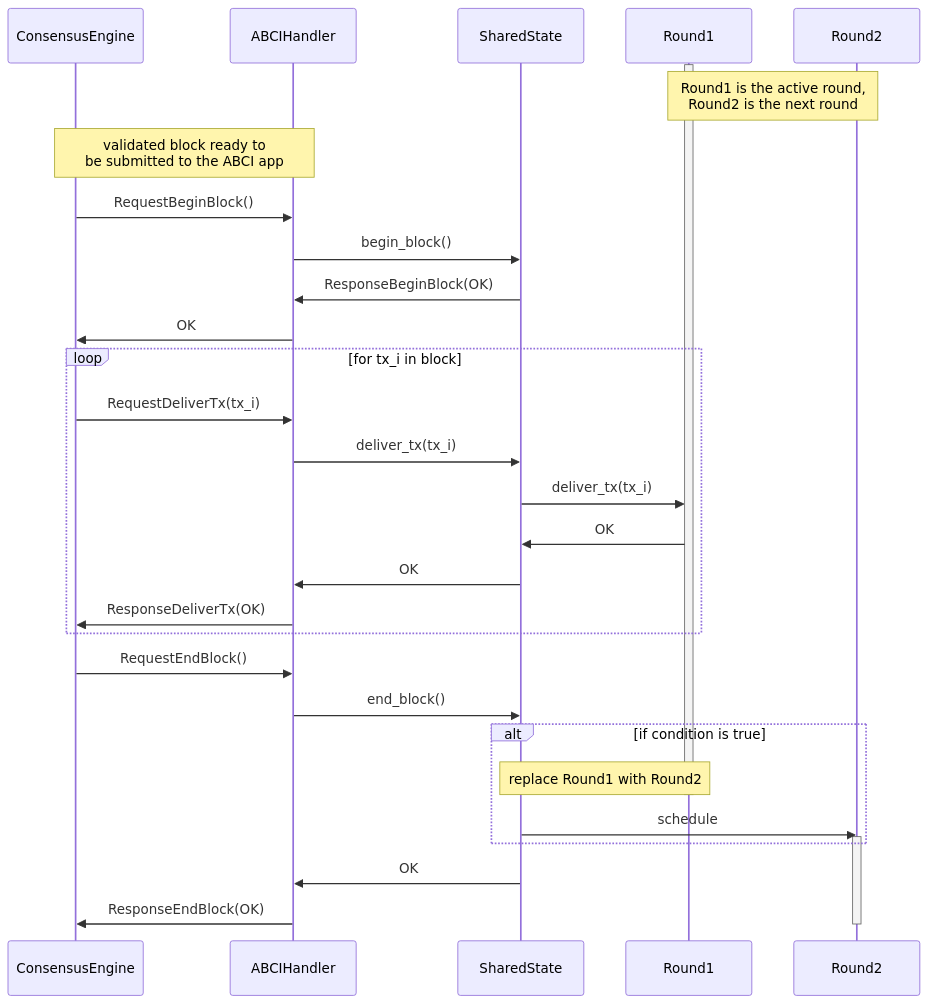
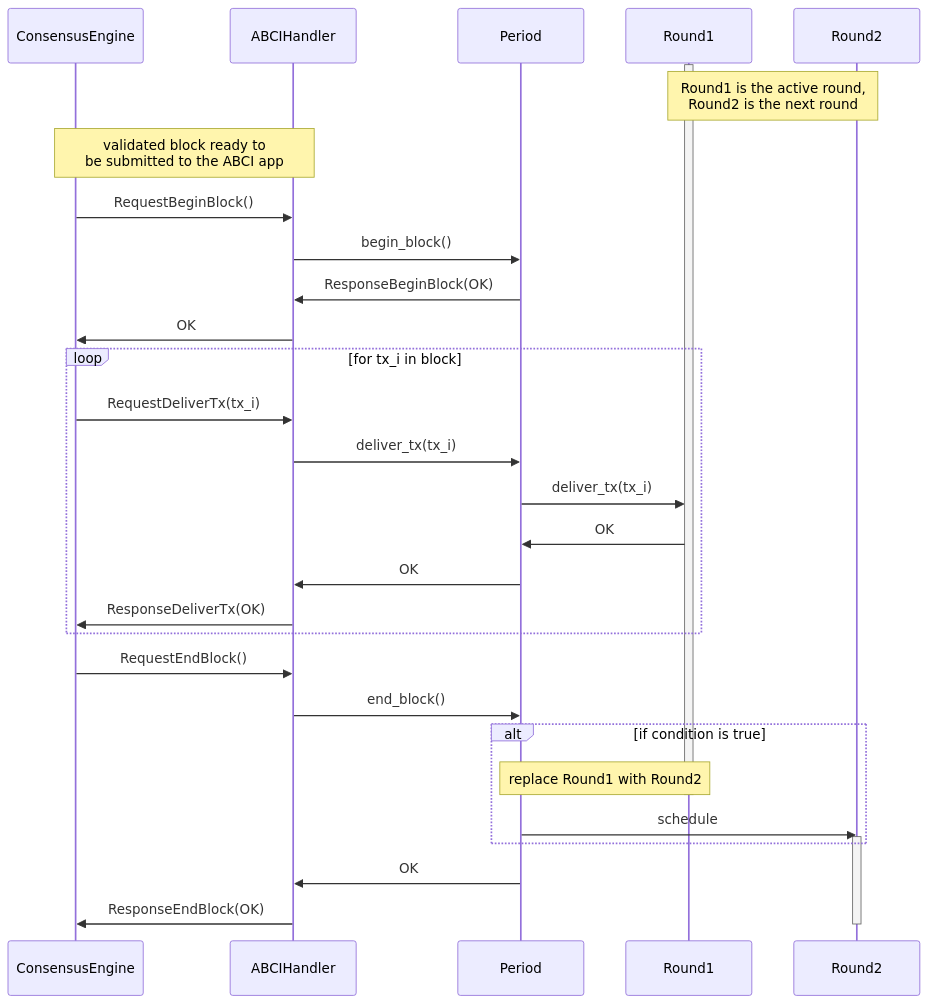
Before and after one commit to valory-xyz/open-autonomy: the third of 3 diagrams in docs/abci_app_interactions.md, drawn with Mermaid. The commit also changed other lines of this file and 23 other files, not shown here.

```diff
--- a/docs/abci_app_interactions.md
+++ b/docs/abci_app_interactions.md
@@ -101,34 +101,34 @@
 <div class="mermaid">
     sequenceDiagram
         participant ConsensusEngine
         participant ABCIHandler
-        participant SharedState
+        participant Period
         participant Round1
         participant Round2
         activate Round1
         note over Round1,Round2: Round1 is the active round,<br/>Round2 is the next round
         note over ConsensusEngine,ABCIHandler: validated block ready to<br/>be submitted to the ABCI app
         ConsensusEngine->>ABCIHandler: RequestBeginBlock()
-        ABCIHandler->>SharedState: begin_block()
-        SharedState->>ABCIHandler: ResponseBeginBlock(OK)
+        ABCIHandler->>Period: begin_block()
+        Period->>ABCIHandler: ResponseBeginBlock(OK)
         ABCIHandler->>ConsensusEngine: OK
         loop for tx_i in block
             ConsensusEngine->>ABCIHandler: RequestDeliverTx(tx_i)
-            ABCIHandler->>SharedState: deliver_tx(tx_i)
-            SharedState->>Round1: deliver_tx(tx_i)
-            Round1->>SharedState: OK
-            SharedState->>ABCIHandler: OK
+            ABCIHandler->>Period: deliver_tx(tx_i)
+            Period->>Round1: deliver_tx(tx_i)
+            Round1->>Period: OK
+            Period->>ABCIHandler: OK
             ABCIHandler->>ConsensusEngine: ResponseDeliverTx(OK)
         end
         ConsensusEngine->>ABCIHandler: RequestEndBlock()
-        ABCIHandler->>SharedState: end_block()
+        ABCIHandler->>Period: end_block()
         alt if condition is true
-            note over SharedState,Round1: replace Round1 with Round2
+            note over Period,Round1: replace Round1 with Round2
             deactivate Round1
-            SharedState->>Round2: schedule
+            Period->>Round2: schedule
             activate Round2
         end
-        SharedState->>ABCIHandler: OK
+        Period->>ABCIHandler: OK
         ABCIHandler->>ConsensusEngine: ResponseEndBlock(OK)
         deactivate Round2
 </div>
```
